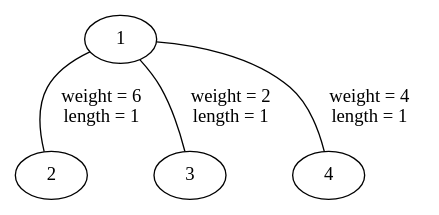
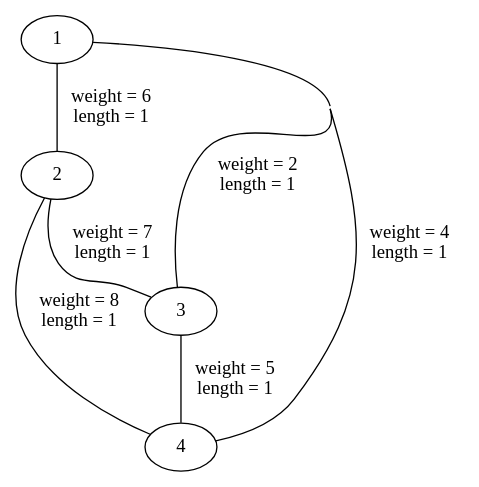
The diagram in graph_viz_output/Graph.gv (adam-elbernoussi/ENSAE-S2-IT-project), drawn with Graphviz before and after one commit. The commit also changed 5 other files, not shown here.

```diff
--- a/graph_viz_output/Graph.gv
+++ b/graph_viz_output/Graph.gv
@@ -1,14 +1,20 @@
 // Graph visualisation
 graph "Graph" {
 	graph [concentrate=True]
 	1
 	2
 	3
 	4
+	1 -- 2 [label="weight = 6
+ length = 1" weight=6]
 	1 -- 3 [label="weight = 2
  length = 1" weight=2]
 	1 -- 4 [label="weight = 4
  length = 1" weight=4]
-	1 -- 2 [label="weight = 6
- length = 1" weight=6]
+	2 -- 3 [label="weight = 7
+ length = 1" weight=7]
+	2 -- 4 [label="weight = 8
+ length = 1" weight=8]
+	3 -- 4 [label="weight = 5
+ length = 1" weight=5]
 }
```
